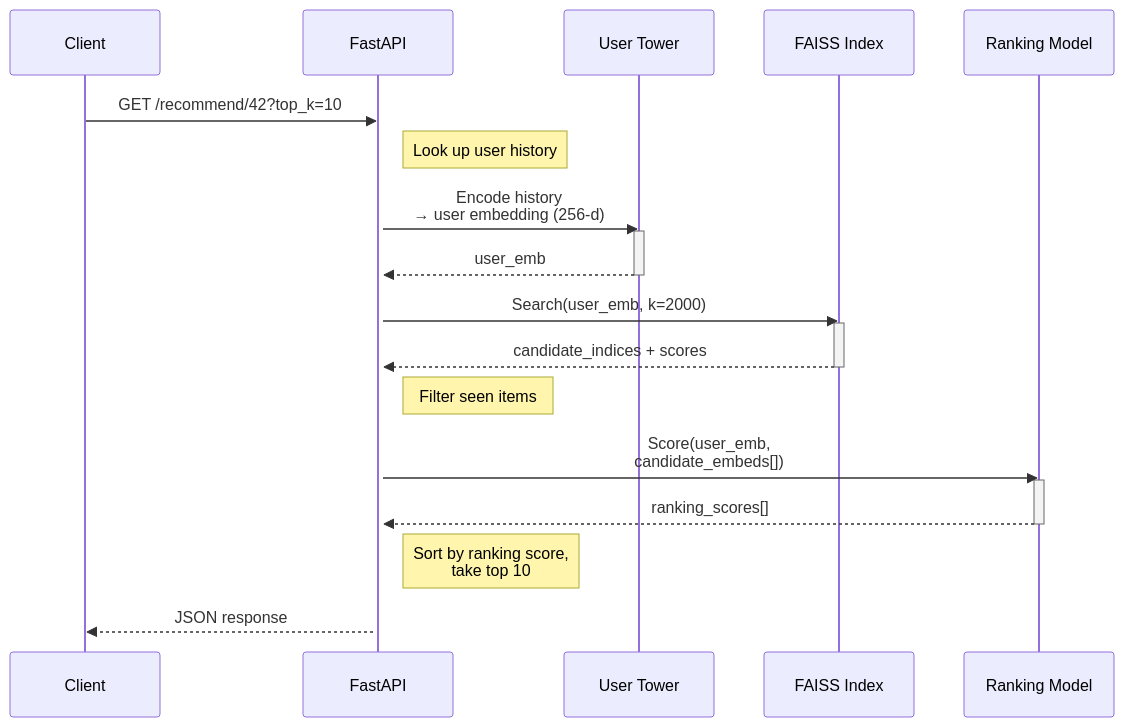
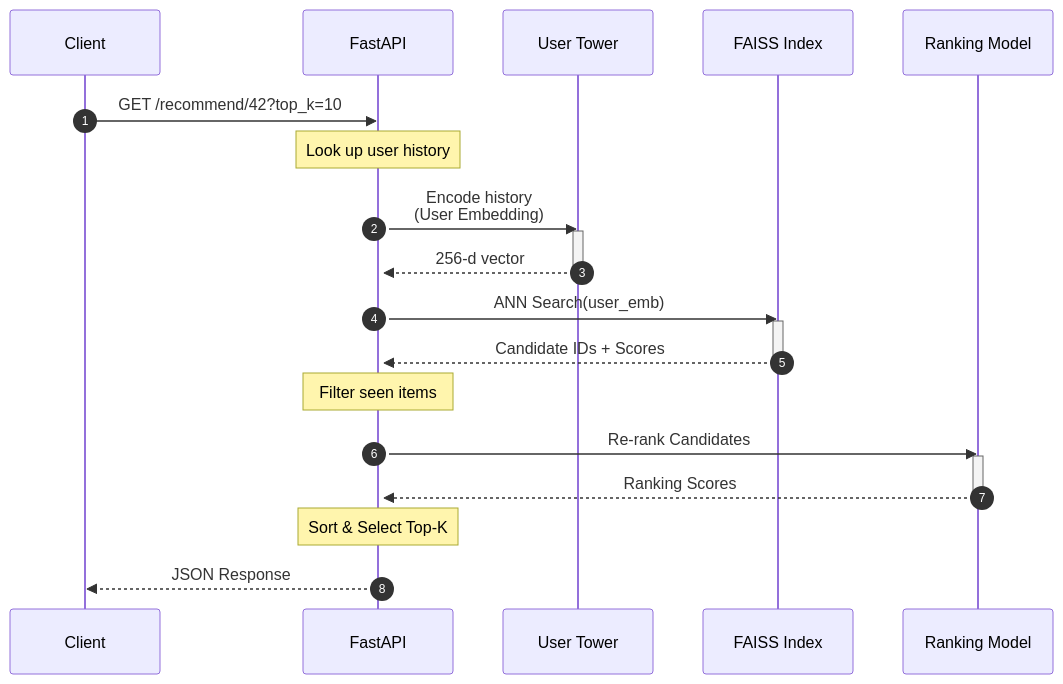
Before and after one commit to abdullahhrashid/industrial-recommender-system: the diagram in api/API_REFERENCE.md, drawn with Mermaid.

Commit message:
updated sequence diagram and performance notes in api reference

````diff
--- a/api/API_REFERENCE.md
+++ b/api/API_REFERENCE.md
@@ -213,34 +213,35 @@
 ```mermaid
 sequenceDiagram
+    autonumber
     participant Client
     participant API as FastAPI
     participant UT as User Tower
     participant FAISS as FAISS Index
     participant RM as Ranking Model
 
     Client->>API: GET /recommend/42?top_k=10
     activate API
     
-    Note right of API: Look up user history
+    Note over API: Look up user history
     
-    API->>UT: Encode history<br/>→ user embedding (256-d)
+    API->>UT: Encode history<br/>(User Embedding)
     activate UT
-    UT-->>API: user_emb
+    UT-->>API: 256-d vector
     deactivate UT
     
-    API->>FAISS: Search(user_emb, k=2000)
+    API->>FAISS: ANN Search(user_emb)
     activate FAISS
-    FAISS-->>API: candidate_indices + scores
+    FAISS-->>API: Candidate IDs + Scores
     deactivate FAISS
     
-    Note right of API: Filter seen items
+    Note over API: Filter seen items
     
-    API->>RM: Score(user_emb,<br/>candidate_embeds[])
+    API->>RM: Re-rank Candidates
     activate RM
-    RM-->>API: ranking_scores[]
+    RM-->>API: Ranking Scores
     deactivate RM
     
-    Note right of API: Sort by ranking score,<br/>take top 10
+    Note over API: Sort & Select Top-K
     
-    API-->>Client: JSON response
+    API-->>Client: JSON Response
 ```
````
